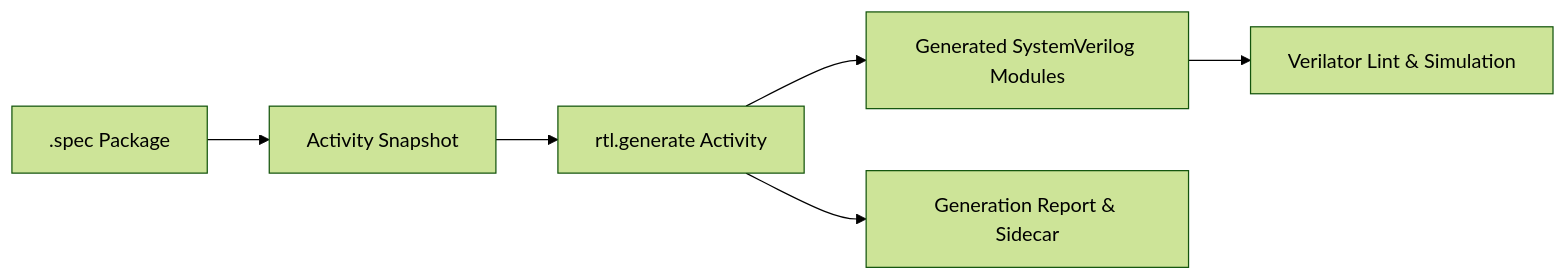
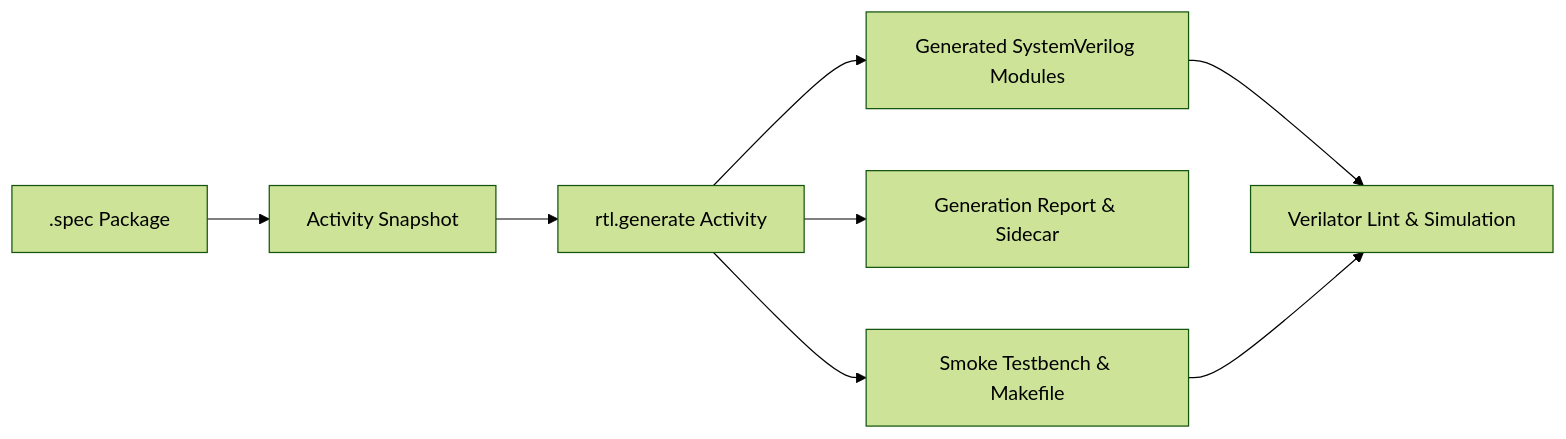
The diagram in docs/rtl-generation.md (ankdesh/spec2gds), drawn with Mermaid (forest theme) before and after one commit. The commit also changed other lines of this file and 9 other files, not shown here.

````diff
--- a/docs/rtl-generation.md
+++ b/docs/rtl-generation.md
@@ -7,8 +8,10 @@
 ```mermaid
 flowchart LR
     Spec[".spec Package"] --> Snapshot["Activity Snapshot"]
     Snapshot --> RTLGen["rtl.generate Activity"]
     RTLGen --> SVFiles["Generated SystemVerilog Modules"]
     RTLGen --> Report["Generation Report & Sidecar"]
+    RTLGen --> Smoke["Smoke Testbench & Makefile"]
     SVFiles --> Verilator["Verilator Lint & Simulation"]
+    Smoke --> Verilator
 ```
````
